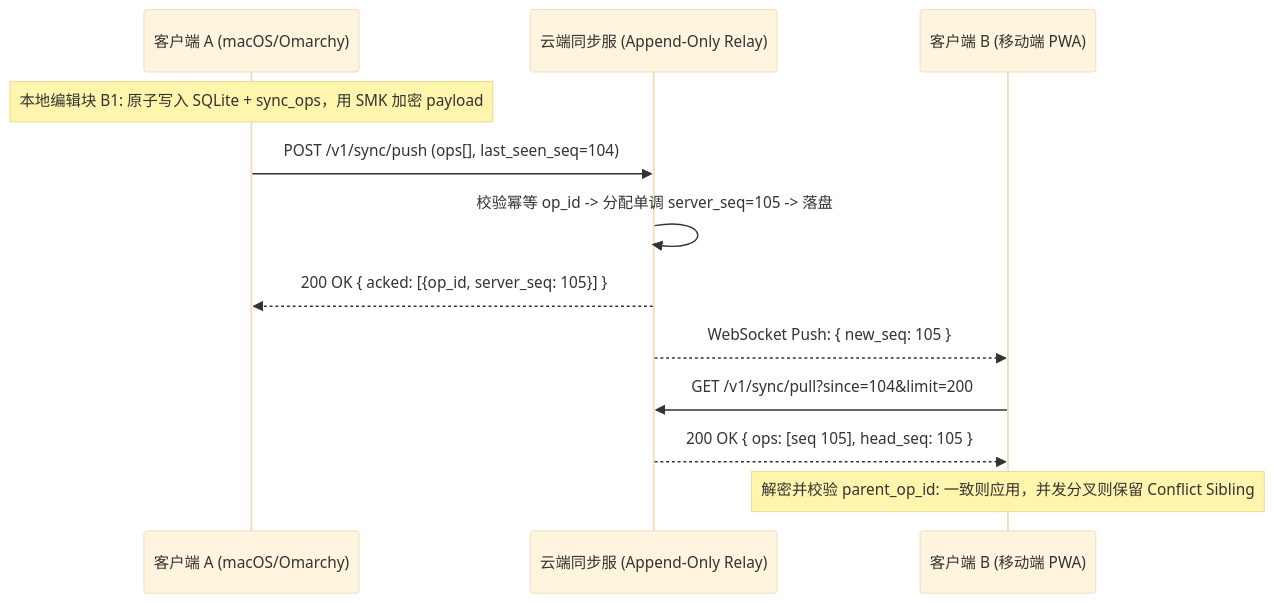
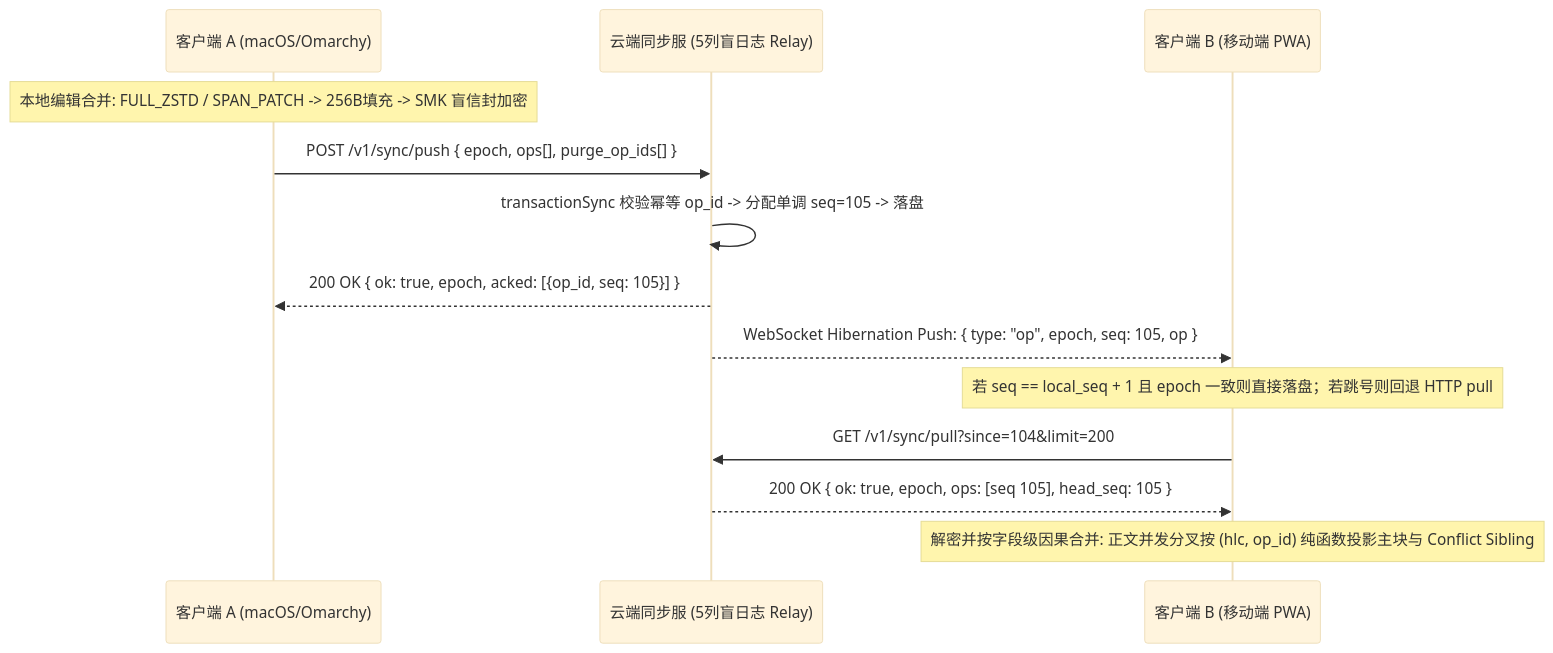
One commit to gray0128/my-note changed the third of 6 diagrams in docs/architecture-proposal.md. Above: the diagram before and after it, drawn with Mermaid (base theme). The commit also changed other lines of this file and 4 other files, not shown here.

````diff
--- a/docs/architecture-proposal.md
+++ b/docs/architecture-proposal.md
@@ -325,15 +351,16 @@
 ```mermaid
 sequenceDiagram
     participant C1 as 客户端 A (macOS/Omarchy)
-    participant S as 云端同步服 (Append-Only Relay)
+    participant S as 云端同步服 (5列盲日志 Relay)
     participant C2 as 客户端 B (移动端 PWA)
 
-    Note over C1: 本地编辑块 B1: 原子写入 SQLite + sync_ops，用 SMK 加密 payload
-    C1->>S: POST /v1/sync/push (ops[], last_seen_seq=104)
-    S->>S: 校验幂等 op_id -> 分配单调 server_seq=105 -> 落盘
-    S-->>C1: 200 OK { acked: [{op_id, server_seq: 105}] }
-    S-->>C2: WebSocket Push: { new_seq: 105 }
+    Note over C1: 本地编辑合并: FULL_ZSTD / SPAN_PATCH -> 256B填充 -> SMK 盲信封加密
+    C1->>S: POST /v1/sync/push { epoch, ops[], purge_op_ids[] }
+    S->>S: transactionSync 校验幂等 op_id -> 分配单调 seq=105 -> 落盘
+    S-->>C1: 200 OK { ok: true, epoch, acked: [{op_id, seq: 105}] }
+    S-->>C2: WebSocket Hibernation Push: { type: "op", epoch, seq: 105, op }
+    Note over C2: 若 seq == local_seq + 1 且 epoch 一致则直接落盘；若跳号则回退 HTTP pull
     C2->>S: GET /v1/sync/pull?since=104&limit=200
-    S-->>C2: 200 OK { ops: [seq 105], head_seq: 105 }
-    Note over C2: 解密并校验 parent_op_id: 一致则应用，并发分叉则保留 Conflict Sibling
+    S-->>C2: 200 OK { ok: true, epoch, ops: [seq 105], head_seq: 105 }
+    Note over C2: 解密并按字段级因果合并: 正文并发分叉按 (hlc, op_id) 纯函数投影主块与 Conflict Sibling
 ```
````
